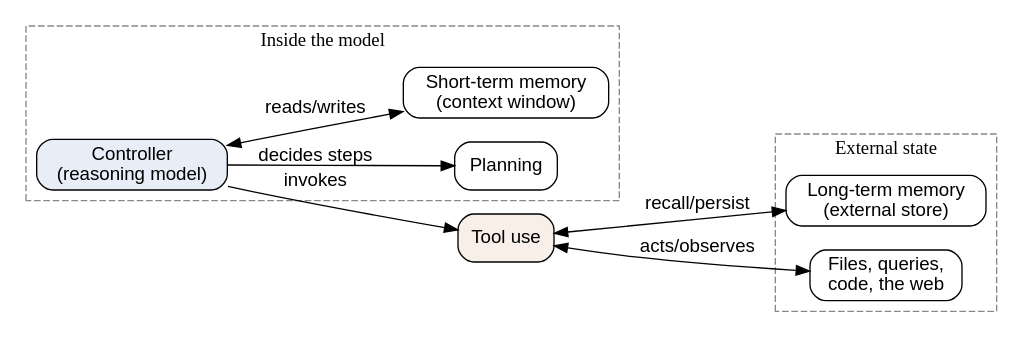
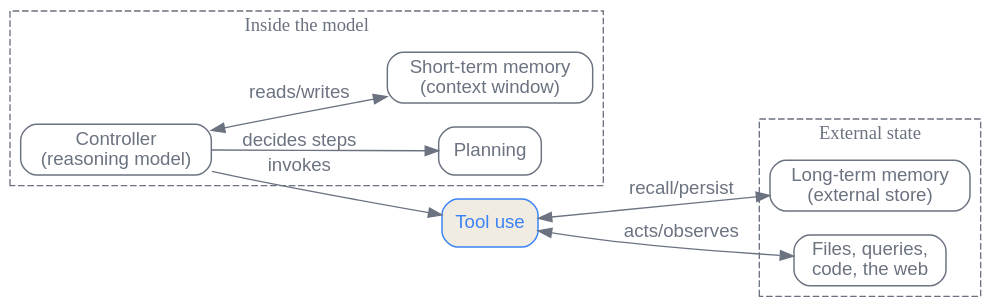
Before and after one commit to latere-ai/ai-as-an-infrastructure: the second of 3 diagrams in en/p5-orchestration/21-agent-architectures.qmd, drawn with Graphviz. The commit also changed other lines of this file and 186 other files, not shown here.

First line of the commit message:
book: visual audit pass on all diagrams and figures

````diff
--- a/en/p5-orchestration/21-agent-architectures.qmd
+++ b/en/p5-orchestration/21-agent-architectures.qmd
@@ -122,33 +122,36 @@
 ```{dot}
 //| label: fig-agent-architectures-four-parts
 //| fig-cap: "The four-part decomposition by where each part lives. Planning and short-term memory sit inside the model boundary; tool use is the only edge crossing to external state and long-term memory. After Weng (2023)."
 digraph {
+    bgcolor="transparent";
     rankdir=LR;
-    node [shape=box, fontname="Helvetica", style=rounded];
-    edge [fontname="Helvetica"];
+    node [shape=box, fontname="Helvetica", style=rounded, color="#6b7280", fontcolor="#6b7280", penwidth=1.1];
+    edge [fontname="Helvetica", color="#6b7280", fontcolor="#6b7280"];
 
     subgraph cluster_model {
         label="Inside the model";
+        fontcolor="#6b7280";
         style=dashed;
-        color="#888888";
-        ctrl [label="Controller\n(reasoning model)", style="rounded,filled", fillcolor="#e8eef7"];
+        color="#6b7280";
+        ctrl [label="Controller\n(reasoning model)"];
         plan [label="Planning"];
         stm [label="Short-term memory\n(context window)"];
     }
 
     subgraph cluster_world {
         label="External state";
+        fontcolor="#6b7280";
         style=dashed;
-        color="#888888";
+        color="#6b7280";
         ltm [label="Long-term memory\n(external store)"];
         world [label="Files, queries,\ncode, the web"];
     }
 
     ctrl -> plan [label="decides steps"];
     ctrl -> stm [label="reads/writes", dir=both];
     ctrl -> tooluse [label="invokes"];
-    tooluse [label="Tool use", style="rounded,filled", fillcolor="#f7efe8"];
+    tooluse [label="Tool use", style="rounded,filled", fillcolor="#f1ece1", color="#3b82f6", fontcolor="#3b82f6"];
     tooluse -> world [label="acts/observes", dir=both];
     tooluse -> ltm [label="recall/persist", dir=both];
 }
 ```
````
